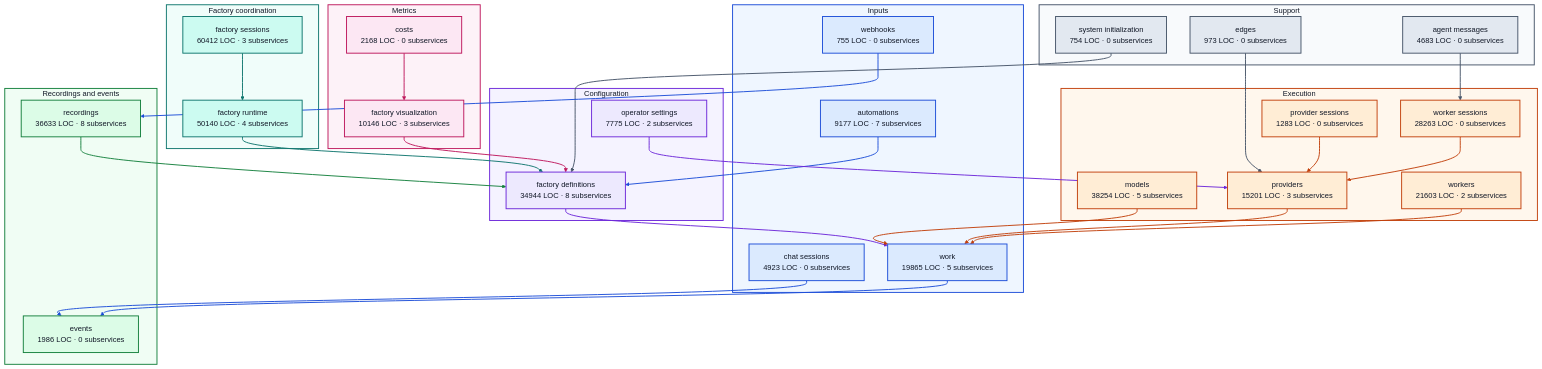
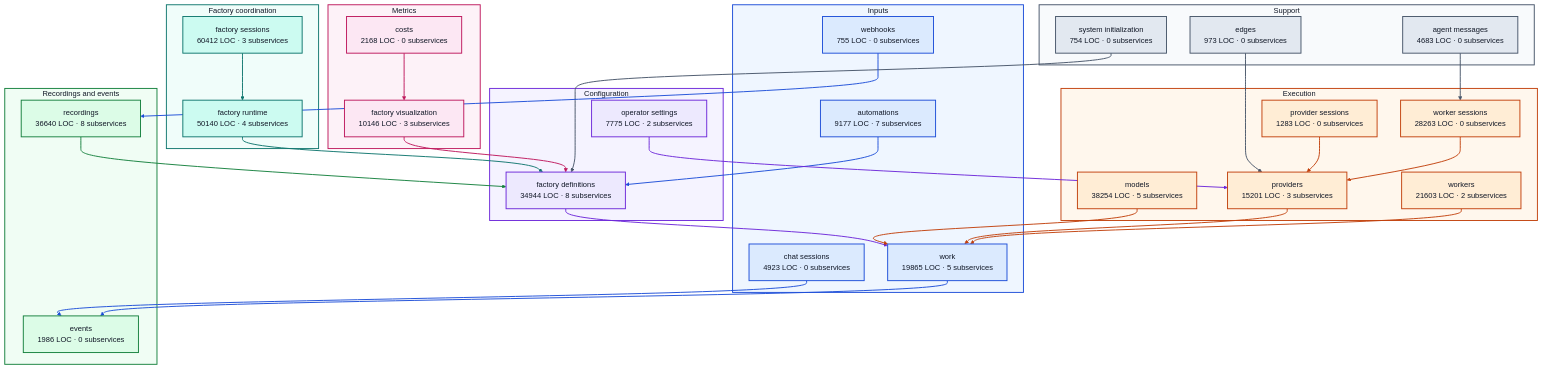
Before and after one commit to portpowered/you-agent-factory: the diagram in docs/architecture/visualizations/high-level-backend.md, drawn with Mermaid. The commit also changed 21 other files, not shown here.

Commit message:
docs: refresh backend architecture visualizations

```diff
--- a/docs/architecture/visualizations/high-level-backend.md
+++ b/docs/architecture/visualizations/high-level-backend.md
@@ -25,7 +25,7 @@
   end
   subgraph recordings["Recordings and events"]
     s_services_events["events<br/>1986 LOC · 0 subservices"]
-    s_services_recordings["recordings<br/>36633 LOC · 8 subservices"]
+    s_services_recordings["recordings<br/>36640 LOC · 8 subservices"]
   end
   subgraph metrics["Metrics"]
     s_services_costs["costs<br/>2168 LOC · 0 subservices"]
```
